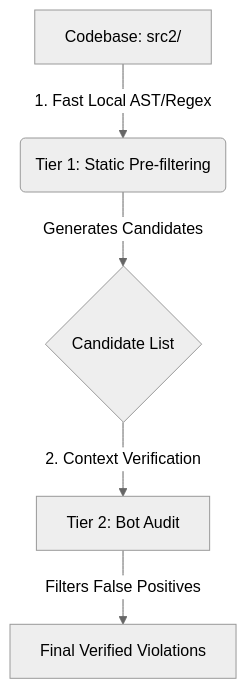
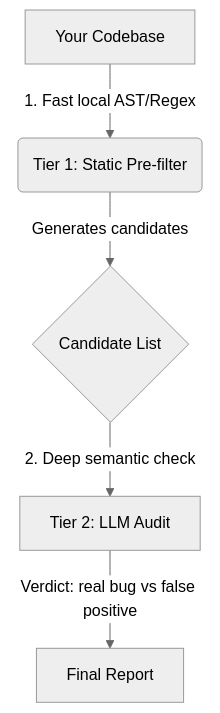
Before and after one commit to Acivar-Digital/ai-factory: the diagram in kit-hygiene/README.md, drawn with Mermaid (neutral theme). The commit also changed other lines of this file and 1 other file, not shown here.

````diff
--- a/kit-hygiene/README.md
+++ b/kit-hygiene/README.md
@@ -42,7 +15,7 @@
 ```mermaid
 graph TD
-    A[Codebase: src2/] -->|1. Fast Local AST/Regex| B(Tier 1: Static Pre-filtering)
-    B -->|Generates Candidates| C{Candidate List}
-    C -->|2. Context Verification| D[Tier 2: Bot Audit]
-    D -->|Filters False Positives| E[Final Verified Violations]
+    A[Your Codebase] -->|1. Fast local AST/Regex| B(Tier 1: Static Pre-filter)
+    B -->|Generates candidates| C{Candidate List}
+    C -->|2. Deep semantic check| D[Tier 2: LLM Audit]
+    D -->|Verdict: real bug vs false positive| E[Final Report]
 ```
````
